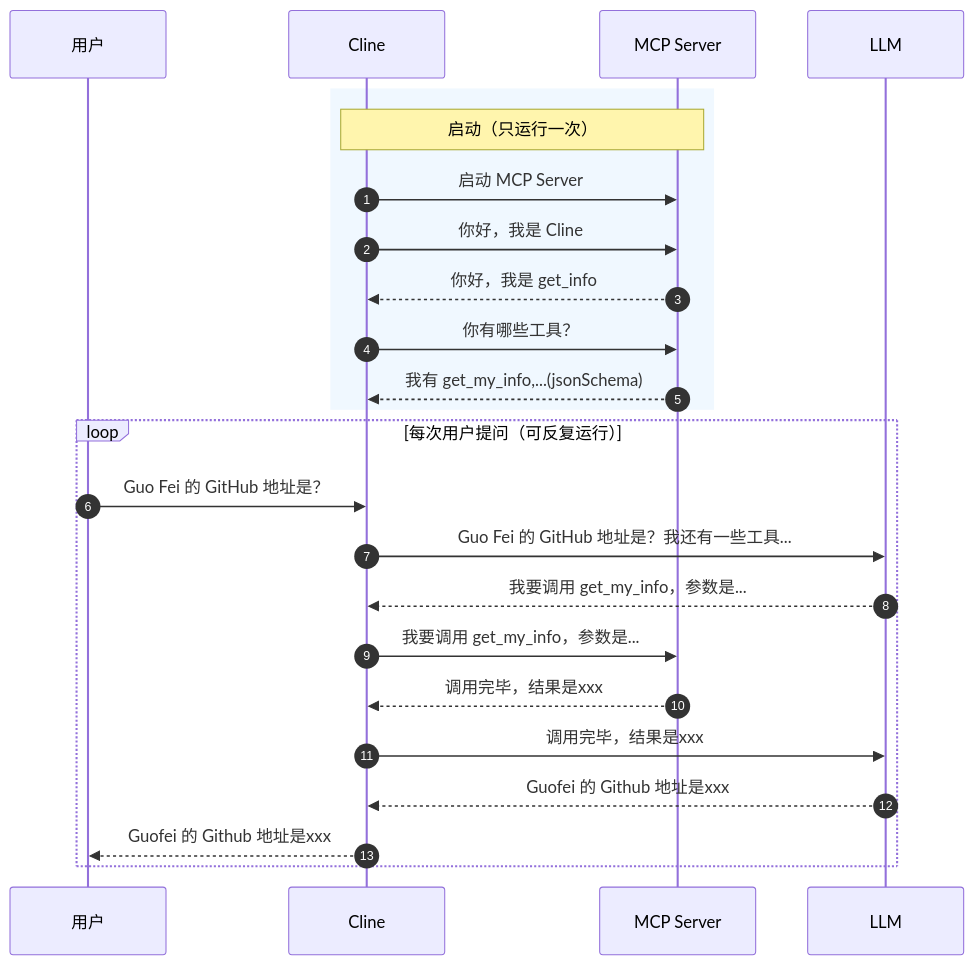
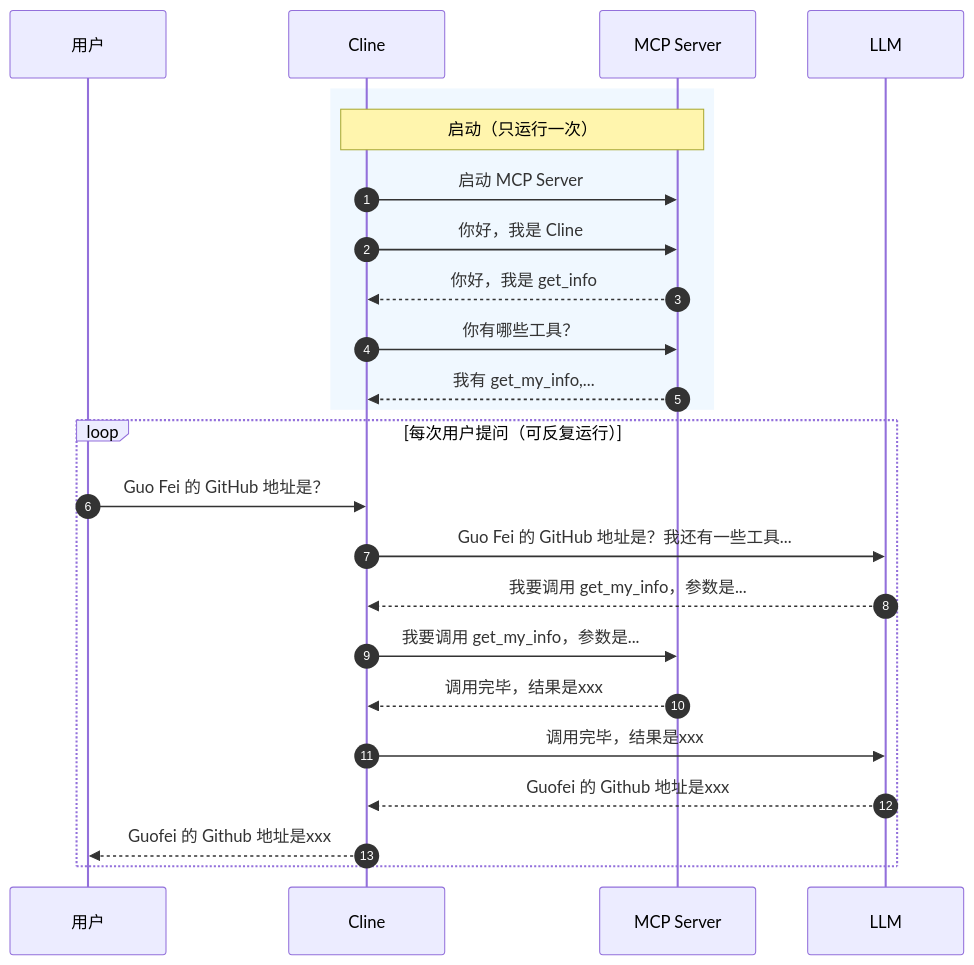
One commit to guofei9987/guofei9987.github.io changed the diagram in _posts/0x23_神经网络与TensorFlow/LLM/2026-01-17-llm.md. Above: the diagram before and after it, drawn with Mermaid. The commit also changed other lines of this file, not shown here.

```diff
--- a/_posts/0x23_神经网络与TensorFlow/LLM/2026-01-17-llm.md
+++ b/_posts/0x23_神经网络与TensorFlow/LLM/2026-01-17-llm.md
@@ -67,28 +67,28 @@
 <div class="mermaid">
 sequenceDiagram
     autonumber
     participant 用户
     participant Cline
     participant MCP Server
     participant LLM
 
     rect rgb(240, 248, 255)
     Note over Cline,MCP Server: 启动（只运行一次）
     Cline ->> MCP Server: 启动 MCP Server
     Cline ->> MCP Server: 你好，我是 Cline
     MCP Server -->> Cline: 你好，我是 get_info
     Cline ->> MCP Server: 你有哪些工具？
-    MCP Server -->> Cline: 我有 get_my_info,...(jsonSchema)
+    MCP Server -->> Cline: 我有 get_my_info,...
     end
 
     loop 每次用户提问（可反复运行）
     用户 ->> Cline: Guo Fei 的 GitHub 地址是？
     Cline ->> LLM: Guo Fei 的 GitHub 地址是？我还有一些工具...
     LLM -->> Cline: 我要调用 get_my_info，参数是...
     Cline ->> MCP Server: 我要调用 get_my_info，参数是...
     MCP Server -->> Cline: 调用完毕，结果是xxx
     Cline ->> LLM: 调用完毕，结果是xxx
     LLM -->> Cline: Guofei 的 Github 地址是xxx
     Cline -->> 用户: Guofei 的 Github 地址是xxx
     end
 </div>
```
